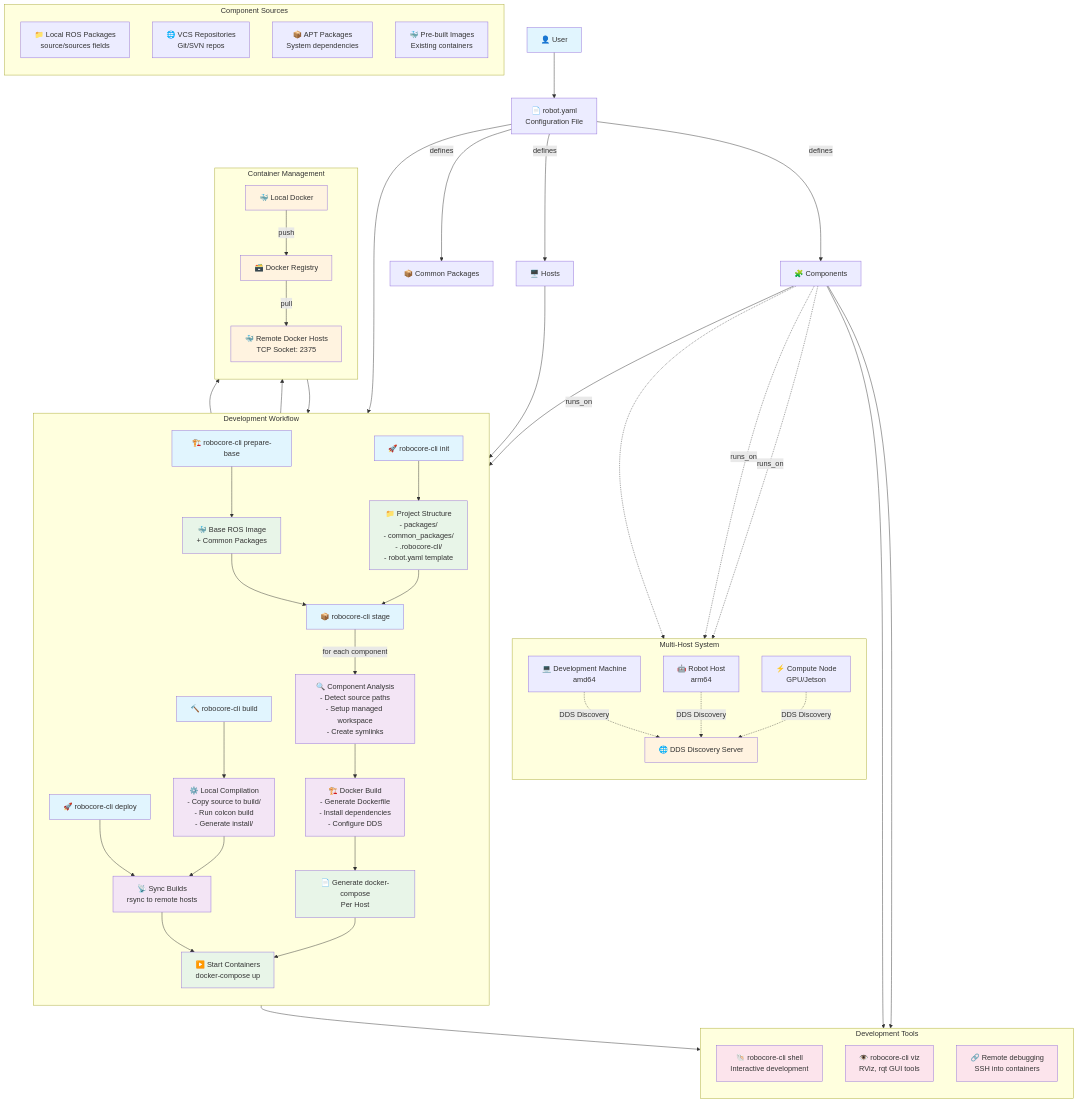
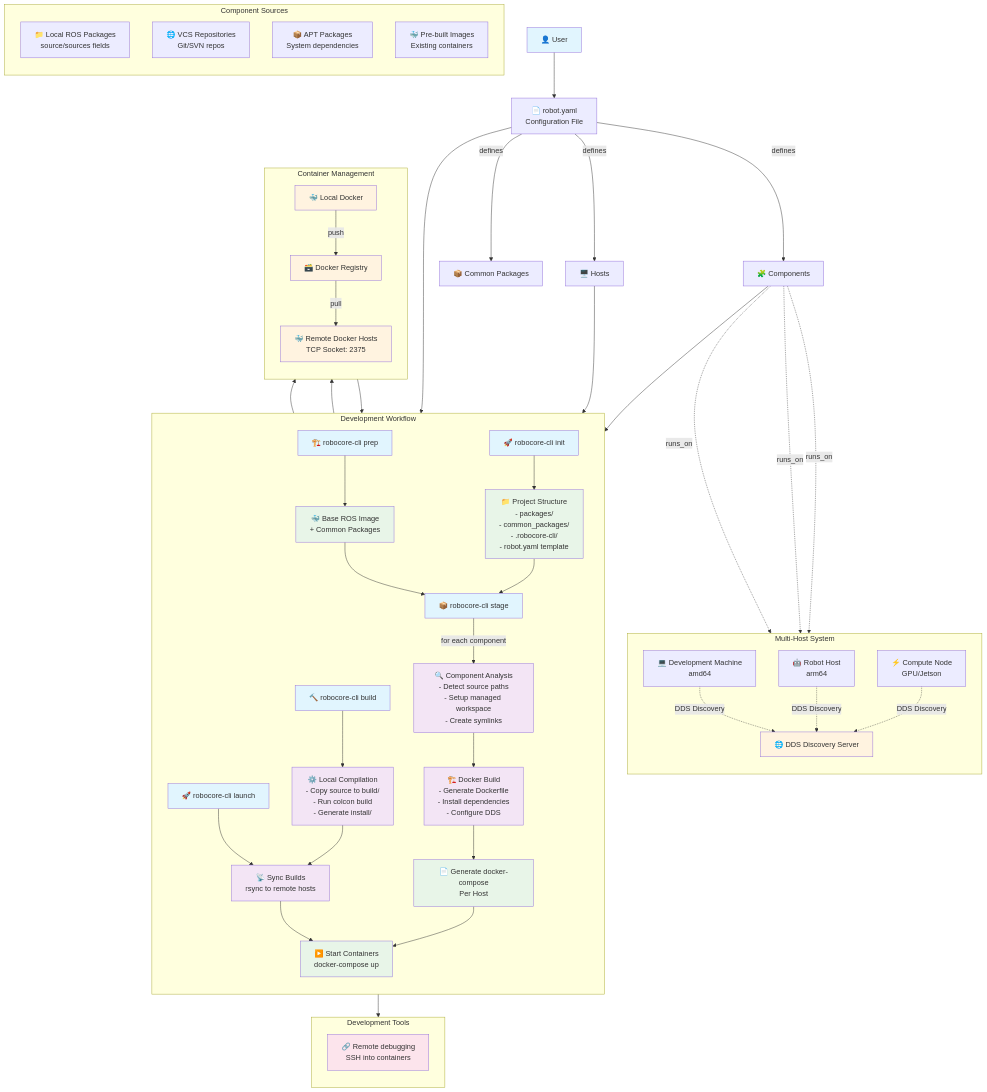
Before and after one commit to cristidragomir97/robocore-cli: the diagram in docs/robocore-cli-process-flow.md, drawn with Mermaid. The commit also changed other lines of this file and 38 other files, not shown here.

````diff
--- a/docs/robocore-cli-process-flow.md
+++ b/docs/robocore-cli-process-flow.md
@@ -25,7 +25,7 @@
         Init --> InitOutput[📁 Project Structure<br/>- packages/<br/>- common_packages/<br/>- .robocore-cli/<br/>- robot.yaml template]
 
         %% Prepare Base Phase
-        PrepareBase[🏗️ robocore-cli prepare-base]
+        PrepareBase[🏗️ robocore-cli prep]
         PrepareBase --> BaseImage[🐳 Base ROS Image<br/>+ Common Packages]
 
         %% Stage Phase
@@ -38,9 +38,9 @@
         Build[🔨 robocore-cli build]
         Build --> LocalBuild[⚙️ Local Compilation<br/>- Copy source to build/<br/>- Run colcon build<br/>- Generate install/]
 
-        %% Deploy Phase
-        Deploy[🚀 robocore-cli deploy]
-        Deploy --> Sync[📡 Sync Builds<br/>rsync to remote hosts]
+        %% Launch Phase
+        Launch[🚀 robocore-cli launch]
+        Launch --> Sync[📡 Sync Builds<br/>rsync to remote hosts]
         Sync --> RemoteStart[▶️ Start Containers<br/>docker-compose up]
     end
 
@@ -79,8 +79,6 @@
     %% Development Tools
     subgraph "Development Tools"
         direction TB
-        Shell[🐚 robocore-cli shell<br/>Interactive development]
-        Viz[👁️ robocore-cli viz<br/>RViz, rqt GUI tools]
         Connect[🔗 Remote debugging<br/>SSH into containers]
     end
 
@@ -104,8 +102,6 @@
     RemoteDocker --> RemoteStart
 
     %% Development tools
-    Components --> Shell
-    Components --> Viz
     RemoteStart --> Connect
 
     %% Styling
@@ -115,9 +111,9 @@
     classDef output fill:#e8f5e8
     classDef tools fill:#fce4ec
 
-    class User,Init,PrepareBase,Stage,Build,Deploy userAction
+    class User,Init,PrepareBase,Stage,Build,Launch userAction
     class CompAnalysis,DockerBuild,LocalBuild,Sync buildStep
     class DockerRegistry,LocalDocker,RemoteDocker,DDSServer infrastructure
     class BaseImage,ComposeGen,RemoteStart,InitOutput output
-    class Shell,Viz,Connect tools
+    class Connect tools
 ```
````
